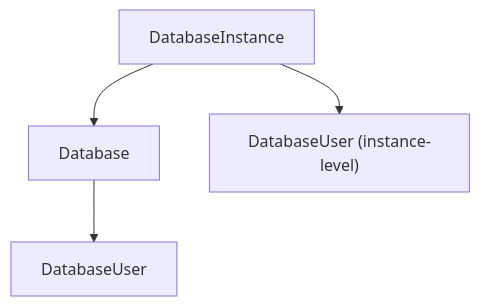
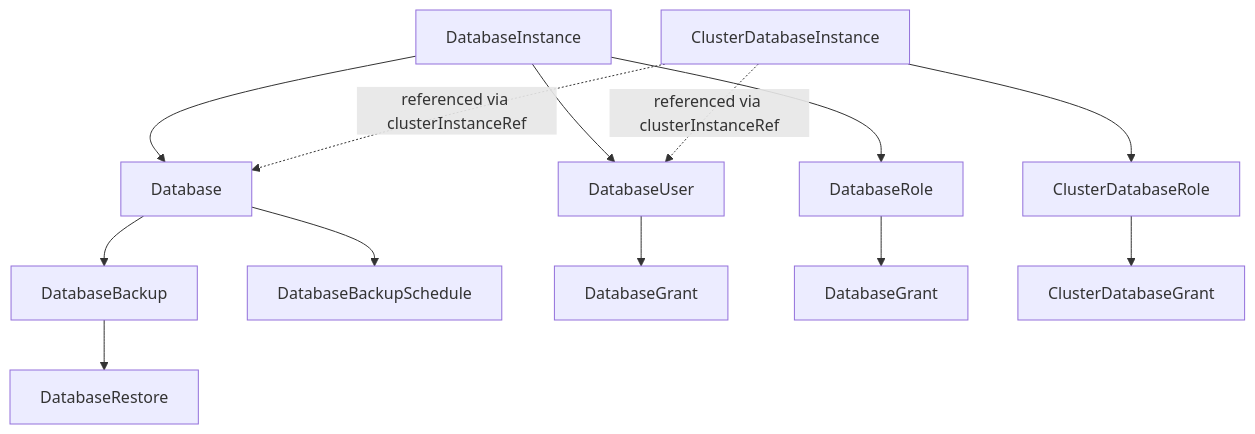
One commit to panteparak/db-provision-operator changed the second of 5 diagrams in docs/architecture/overview.md. Above: the diagram before and after it, drawn with Mermaid. The commit also changed other lines of this file and 17 other files, not shown here.

````diff
--- a/docs/architecture/overview.md
+++ b/docs/architecture/overview.md
@@ -70,6 +91,16 @@
 ```mermaid
 graph TD
     DI[DatabaseInstance] --> DB[Database]
-    DB --> DU1[DatabaseUser]
-    DI --> DU2["DatabaseUser (instance-level)"]
+    DI --> DU[DatabaseUser]
+    DI --> DR[DatabaseRole]
+    DB --> DBK[DatabaseBackup]
+    DB --> DBS[DatabaseBackupSchedule]
+    DU --> DG1[DatabaseGrant]
+    DR --> DG2[DatabaseGrant]
+    DBK --> DRE[DatabaseRestore]
+
+    CDI[ClusterDatabaseInstance] --> CDR[ClusterDatabaseRole]
+    CDI -.->|"referenced via clusterInstanceRef"| DB
+    CDI -.->|"referenced via clusterInstanceRef"| DU
+    CDR --> CDG[ClusterDatabaseGrant]
 ```
````
